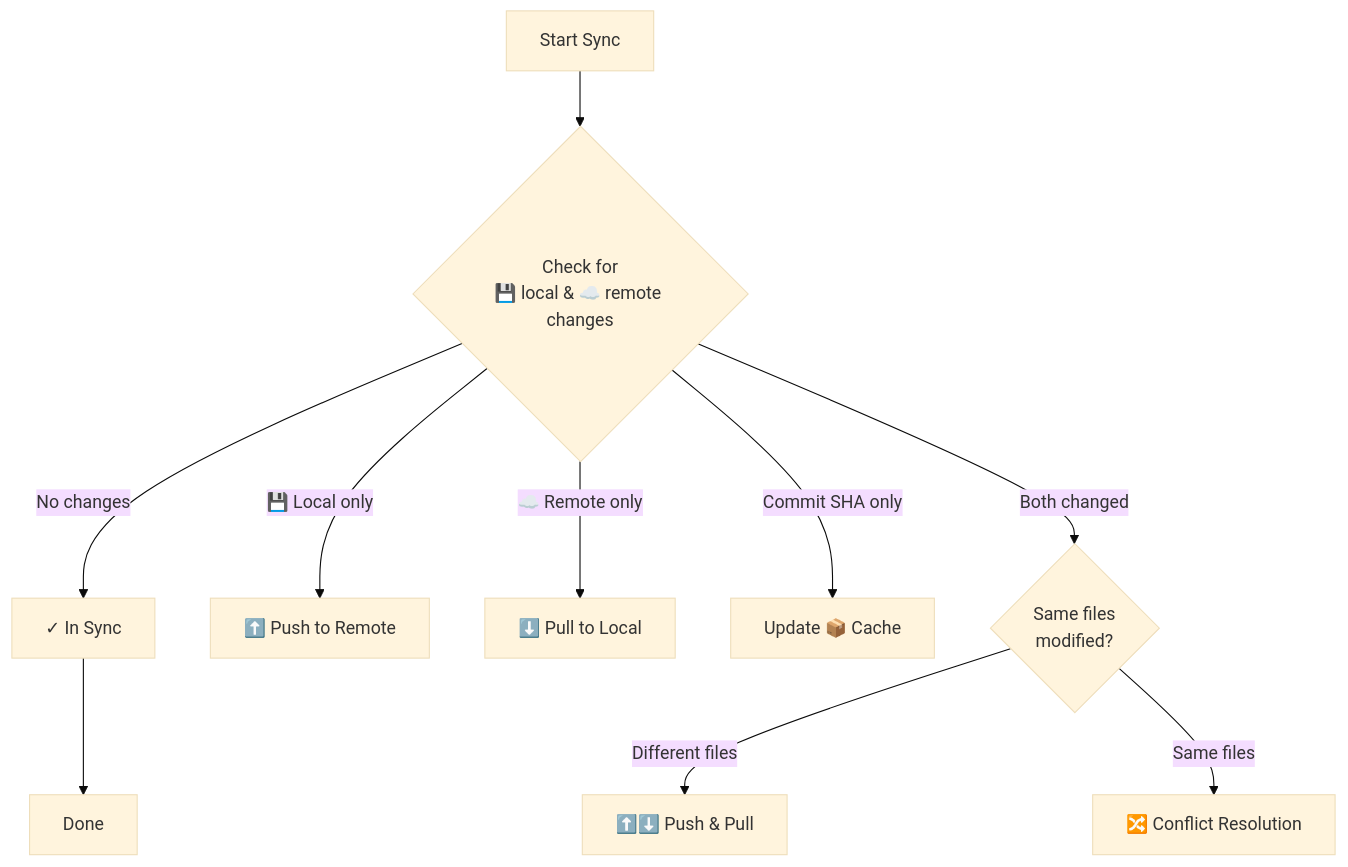
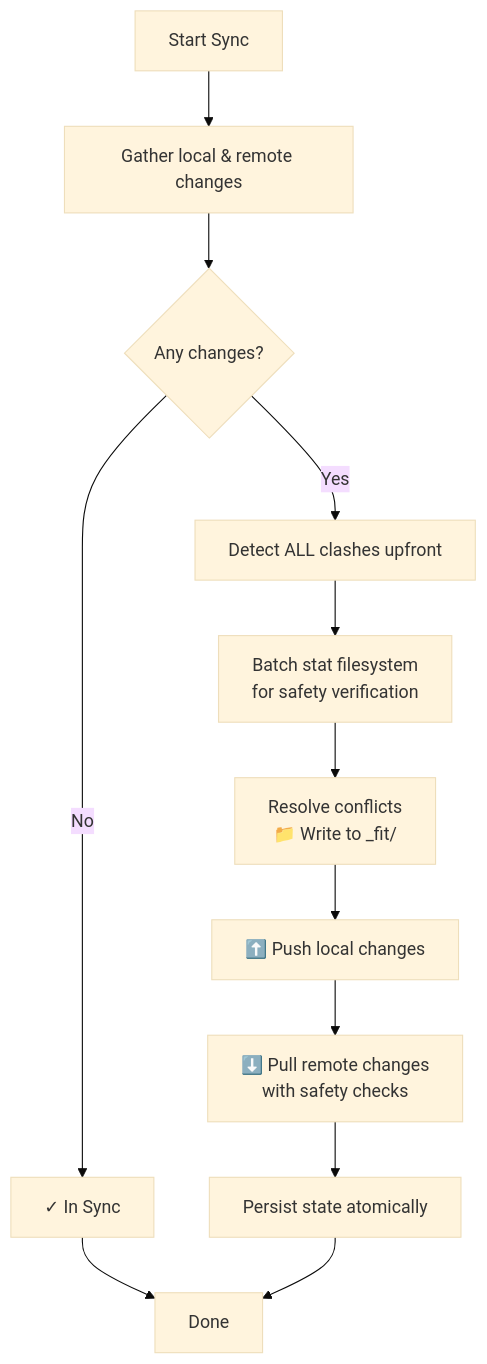
Before and after one commit to joshuakto/fit: the fourth of 5 diagrams in docs/sync-logic.md, drawn with Mermaid (base theme). The commit also changed other lines of this file and 9 other files, not shown here.

First line of the commit message:
fix: safer local (hidden) file checks before attempting modify/delete + FitSync refactor (#119)

````diff
--- a/docs/sync-logic.md
+++ b/docs/sync-logic.md
@@ -306,15 +305,18 @@
 ```mermaid
 flowchart TD
-    Start[Start Sync] --> CheckChanges{Check for<br/>💾 local & ☁️ remote changes}
+    Start[Start Sync] --> Gather[Gather local & remote changes]
+    Gather --> EarlyExit{Any changes?}
 
-    CheckChanges -->|No changes| InSync[✓ In Sync]
-    CheckChanges -->|💾 Local only| Push[⬆️ Push to Remote]
-    CheckChanges -->|☁️ Remote only| Pull[⬇️ Pull to Local]
-    CheckChanges -->|Commit SHA only| UpdateCache[Update 📦 Cache]
-    CheckChanges -->|Both changed| CheckClash{Same files<br/>modified?}
+    EarlyExit -->|No| InSync[✓ In Sync]
+    EarlyExit -->|Yes| DetectClashes[Detect ALL clashes upfront]
 
-    CheckClash -->|Different files| BothSync[⬆️⬇️ Push & Pull]
-    CheckClash -->|Same files| Resolve[🔀 Conflict Resolution]
+    DetectClashes --> BatchStat[Batch stat filesystem<br/>for safety verification]
+    BatchStat --> ResolveConflicts[Resolve conflicts<br/>📁 Write to _fit/]
+
+    ResolveConflicts --> Push[⬆️ Push local changes]
+    Push --> Pull[⬇️ Pull remote changes<br/>with safety checks]
+    Pull --> Persist[Persist state atomically]
 
     InSync --> Done[Done]
+    Persist --> Done
 ```
````
